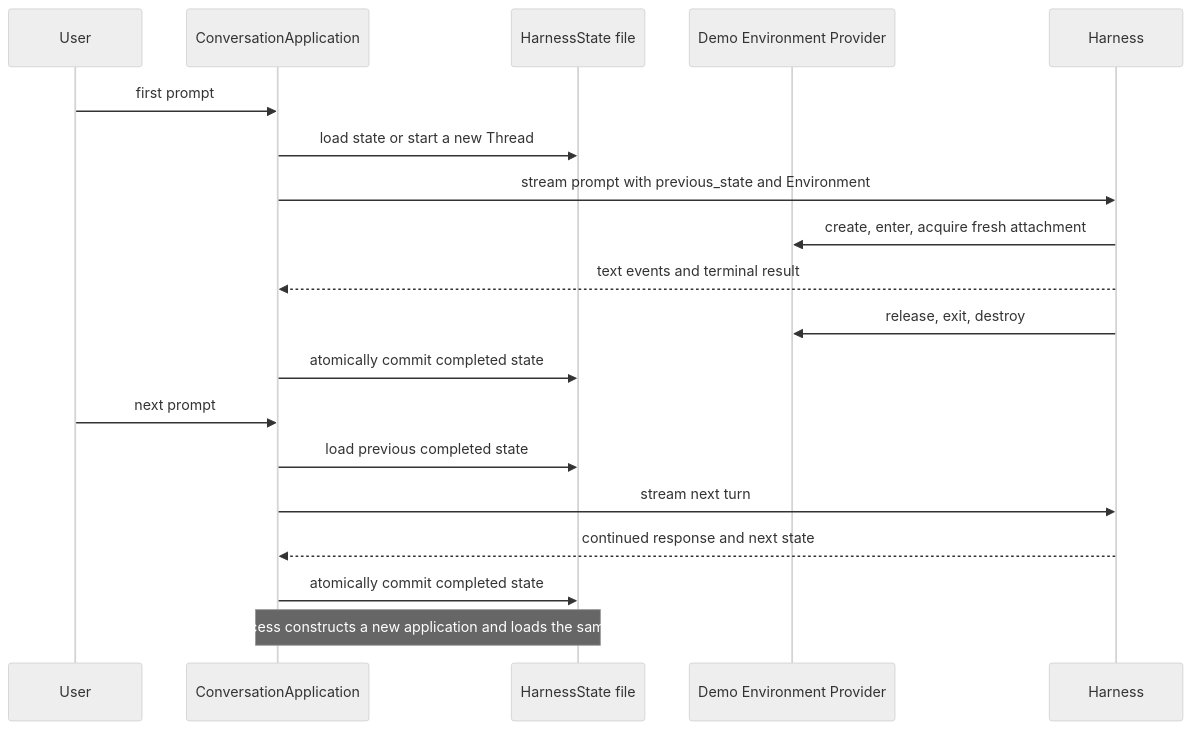
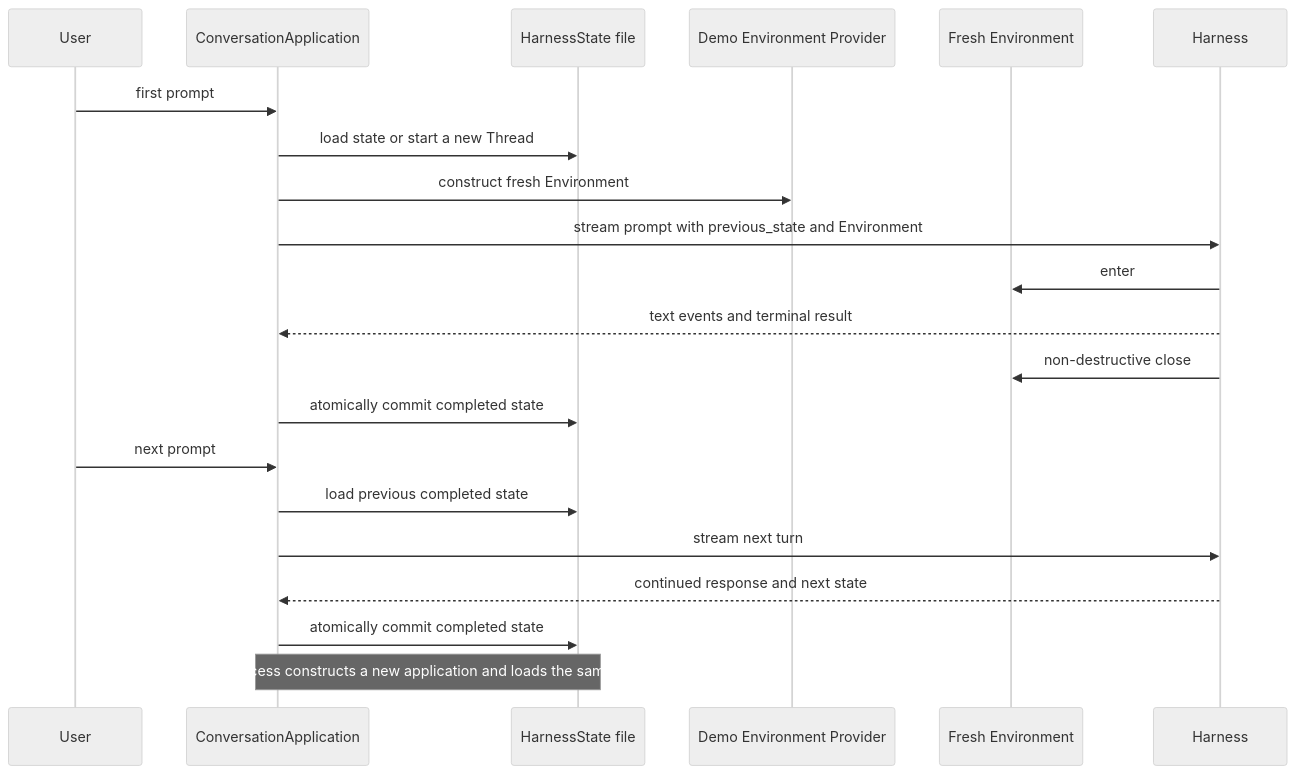
Before and after one commit to LTThreeComma/agent-foundation: the diagram in examples/agent-app/README.md, drawn with Mermaid (neutral theme). The commit also changed other lines of this file and 188 other files, not shown here.

First line of the commit message:
feat(harness): rework environment and host ownership (#82)

````diff
--- a/examples/agent-app/README.md
+++ b/examples/agent-app/README.md
@@ -51,24 +51,26 @@
 ```mermaid
 sequenceDiagram
     participant User
     participant App as ConversationApplication
     participant State as HarnessState file
-    participant Environment as Demo Environment Provider
+    participant Provider as Demo Environment Provider
+    participant Environment as Fresh Environment
     participant Harness
 
     User->>App: first prompt
     App->>State: load state or start a new Thread
+    App->>Provider: construct fresh Environment
     App->>Harness: stream prompt with previous_state and Environment
-    Harness->>Environment: create, enter, acquire fresh attachment
+    Harness->>Environment: enter
     Harness-->>App: text events and terminal result
-    Harness->>Environment: release, exit, destroy
+    Harness->>Environment: non-destructive close
     App->>State: atomically commit completed state
 
     User->>App: next prompt
     App->>State: load previous completed state
     App->>Harness: stream next turn
     Harness-->>App: continued response and next state
     App->>State: atomically commit completed state
 
     Note over App,State: A new process constructs a new application and loads the same state file
 ```
````
